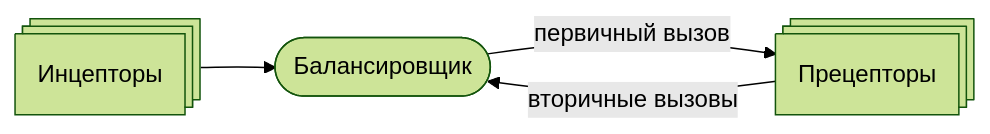
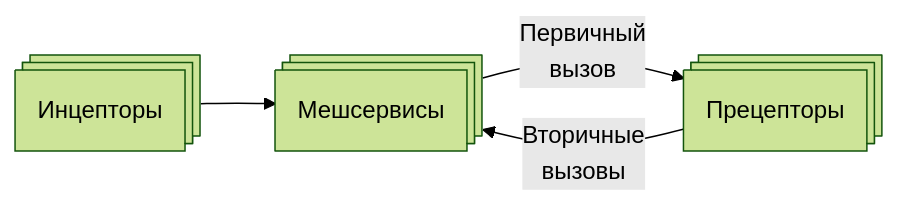
One commit to johnthesmith/scraps changed the third of 5 diagrams in ru/siama.md. Above: the diagram before and after it, drawn with Mermaid (forest theme). The commit also changed other lines of this file, not shown here.

````diff
--- a/ru/siama.md
+++ b/ru/siama.md
@@ -103,8 +116,10 @@
 ```mermaid
 flowchart LR
-    balancer([ Балансировщик ])
+    mesh([Мешсервисы])@{ shape: processes }
     inceptor([Инцепторы])@{ shape: processes }
     preceptor([Прецепторы])@{ shape: processes }
 
-    inceptor --> balancer --> |первичный вызов| preceptor --> |вторичные вызовы| balancer
+    inceptor --> mesh
+    mesh --> |Первичный<br>вызов| preceptor
+    preceptor --> |Вторичные<br>вызовы| mesh 
 ```
````
